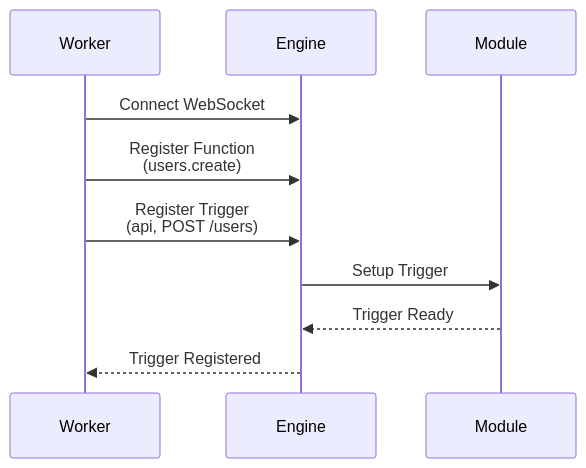
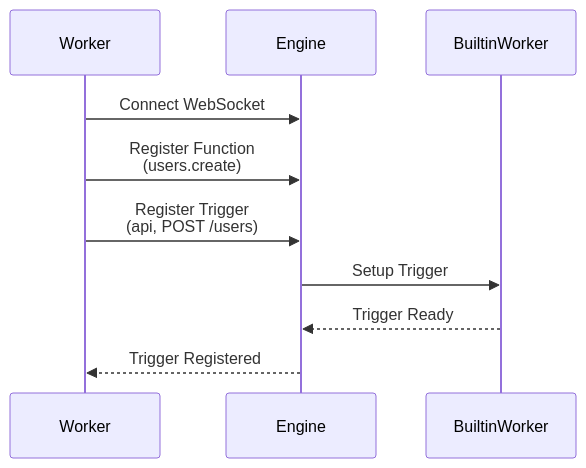
One commit to iii-hq/iii changed the third of 5 diagrams in docs/architecture/trigger-types.mdx. Above: the diagram before and after it, drawn with Mermaid. The commit also changed other lines of this file and 13 other files, not shown here.

````diff
--- a/docs/architecture/trigger-types.mdx
+++ b/docs/architecture/trigger-types.mdx
@@ -745,13 +745,13 @@
 ```mermaid
 sequenceDiagram
     participant W as Worker
     participant E as Engine
-    participant M as Module
+    participant BW as BuiltinWorker
 
     W->>E: Connect WebSocket
     W->>E: Register Function<br/>(users.create)
     W->>E: Register Trigger<br/>(api, POST /users)
-    E->>M: Setup Trigger
-    M-->>E: Trigger Ready
+    E->>BW: Setup Trigger
+    BW-->>E: Trigger Ready
     E-->>W: Trigger Registered
 ```
````
